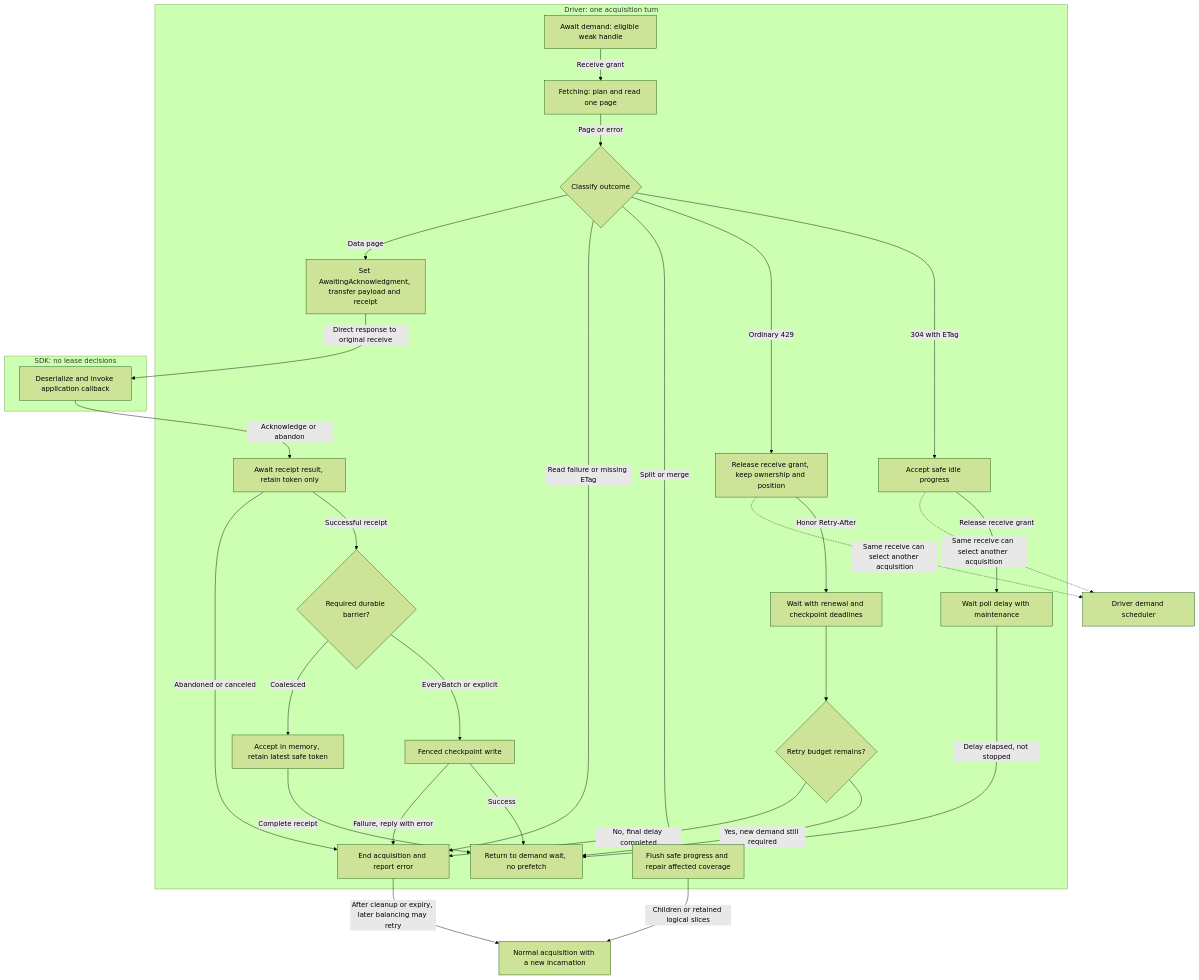
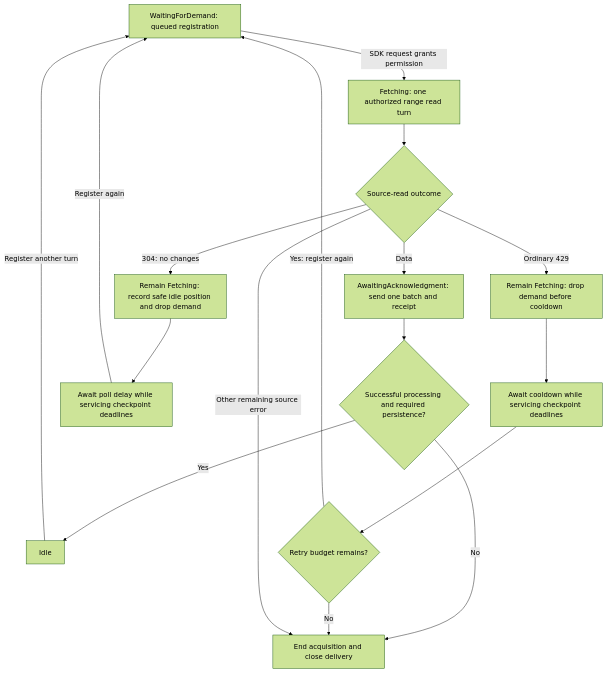
One commit to Azure/azure-sdk-for-rust changed the third of 5 diagrams in sdk/cosmos/docs/specs/0030-change-feed-processor.md. Above: the diagram before and after it, drawn with Mermaid (forest theme). The commit also changed other lines of this file and 48 other files, not shown here.

````diff
--- a/sdk/cosmos/docs/specs/0030-change-feed-processor.md
+++ b/sdk/cosmos/docs/specs/0030-change-feed-processor.md
@@ -1763,34 +780,19 @@
 ```mermaid
 flowchart TD
-    subgraph Driver["Driver: one acquisition turn"]
-        Eligible["Await demand: eligible weak handle"] -->|Receive grant| Read["Fetching: plan and read one page"]
-        Read -->|Page or error| Classify{"Classify outcome"}
-        Classify -->|304 with ETag| Idle["Accept safe idle progress"]
-        Idle -->|Release receive grant| Delay["Wait poll delay with maintenance"]
-        Delay -->|Delay elapsed, not stopped| Next["Return to demand wait, no prefetch"]
-        Classify -->|Ordinary 429| Yield["Release receive grant, keep ownership and position"]
-        Yield -->|Honor Retry-After| Cooldown["Wait with renewal and checkpoint deadlines"]
-        Cooldown --> Budget{"Retry budget remains?"}
-        Budget -->|Yes, new demand still required| Next
-        Budget -->|No, final delay completed| End["End acquisition and report error"]
-        Classify -->|Split or merge| Topology["Flush safe progress and repair affected coverage"]
-        Classify -->|Read failure or missing ETag| End
-        Classify -->|Data page| Handoff["Set AwaitingAcknowledgment, transfer payload and receipt"]
-        Receipt["Await receipt result, retain token only"] -->|Successful receipt| Policy{"Required durable barrier?"}
-        Policy -->|EveryBatch or explicit| Save["Fenced checkpoint write"]
-        Save -->|Success| Next
-        Save -->|Failure, reply with error| End
-        Policy -->|Coalesced| Pending["Accept in memory, retain latest safe token"]
-        Pending -->|Complete receipt| Next
-        Receipt -->|Abandoned or canceled| End
-    end
-    subgraph SDK["SDK: no lease decisions"]
-        Process["Deserialize and invoke application callback"]
-    end
-    Handoff -->|Direct response to original receive| Process
-    Process -->|Acknowledge or abandon| Receipt
-    Yield -.->|Same receive can select another acquisition| Scheduler["Driver demand scheduler"]
-    Idle -.->|Same receive can select another acquisition| Scheduler
-    Topology -->|Children or retained logical slices| Reacquire["Normal acquisition with a new incarnation"]
-    End -->|After cleanup or expiry, later balancing may retry| Reacquire
+    Waiting["WaitingForDemand: queued registration"] -->|SDK request grants permission| Fetching["Fetching: one authorized range read turn"]
+    Fetching --> Outcome{"Source-read outcome"}
+    Outcome -->|Data| Delivered["AwaitingAcknowledgment: send one batch and receipt"]
+    Delivered --> Success{"Successful processing and required persistence?"}
+    Success -->|Yes| Idle["Idle"]
+    Idle -->|Register another turn| Waiting
+    Success -->|No| Closed["End acquisition and close delivery"]
+    Outcome -->|304: no changes| NoChanges["Remain Fetching: record safe idle position and drop demand"]
+    NoChanges --> PollDelay["Await poll delay while servicing checkpoint deadlines"]
+    PollDelay -->|Register again| Waiting
+    Outcome -->|Ordinary 429| Throttled["Remain Fetching: drop demand before cooldown"]
+    Throttled --> Cooldown["Await cooldown while servicing checkpoint deadlines"]
+    Cooldown --> Retry{"Retry budget remains?"}
+    Retry -->|Yes: register again| Waiting
+    Retry -->|No| Closed
+    Outcome -->|Other remaining source error| Closed
 ```
````
